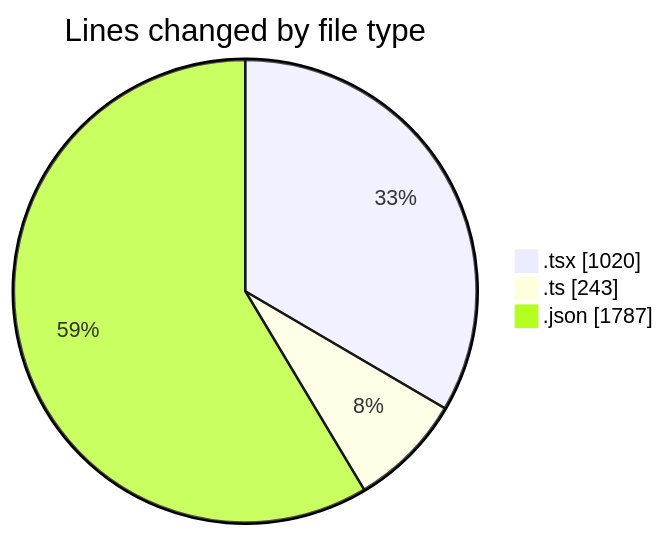
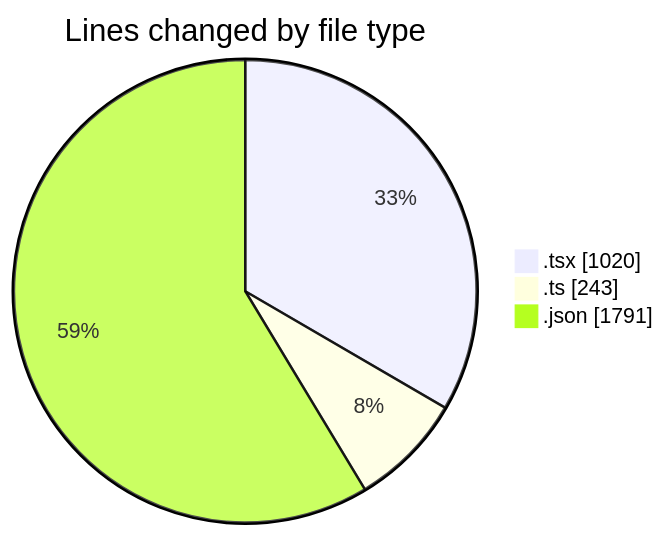
One commit to julien-gomy/code-tracking changed the first of 2 diagrams in 2025-10-31/eventscop-frontend-guide__workspace_/README.md. Above: the diagram before and after it, drawn with Mermaid. The commit also changed other lines of this file and 1 other file, not shown here.

````diff
--- a/2025-10-31/eventscop-frontend-guide__workspace_/README.md
+++ b/2025-10-31/eventscop-frontend-guide__workspace_/README.md
@@ -27,7 +27,7 @@
 ```mermaid
 pie showData
 title Lines changed by file type
 ".tsx" : 1020
 ".ts" : 243
-".json" : 1787
+".json" : 1791
 ```
````
